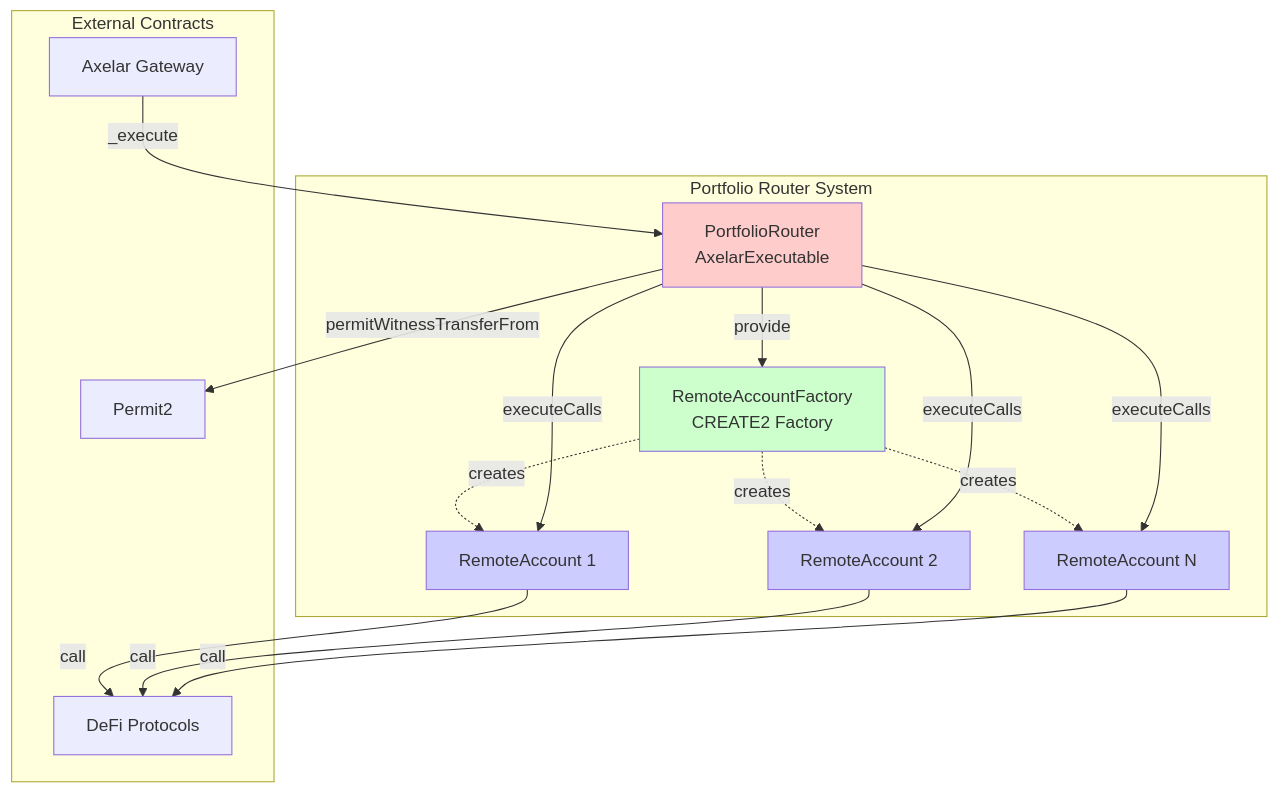
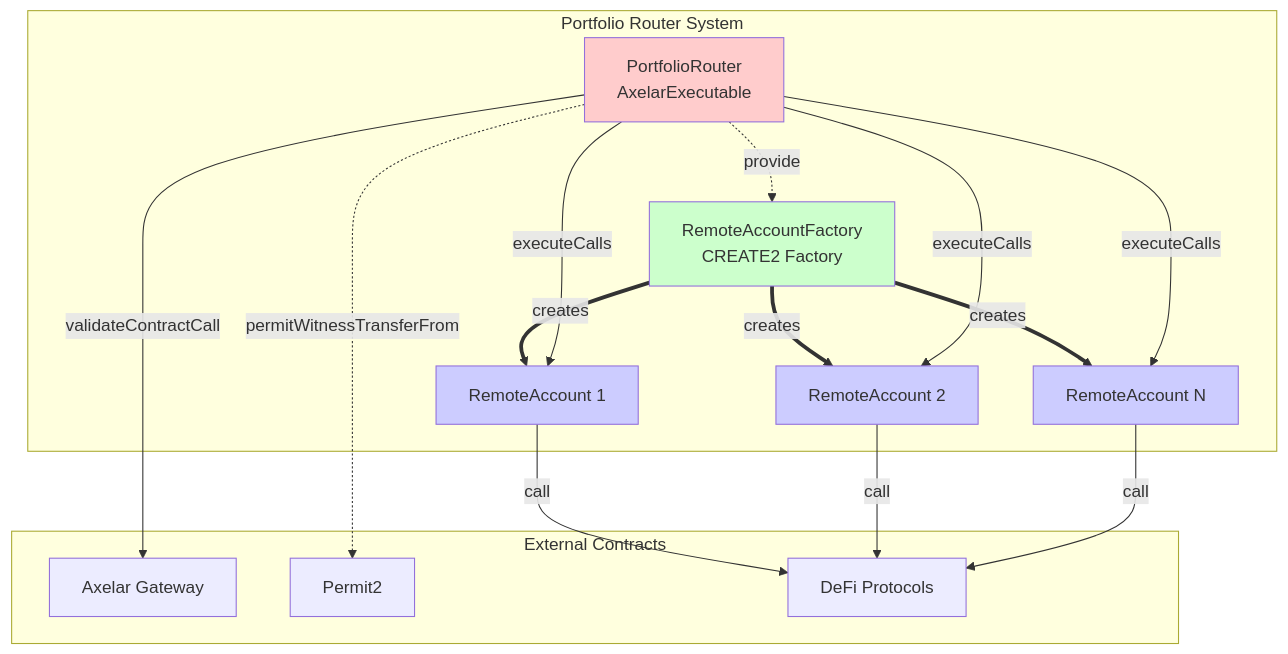
Before and after one commit to agoric-labs/agoric-to-axelar-local: the second of 10 diagrams in packages/axelar-local-dev-cosmos/src/contracts/design.md, drawn with Mermaid. The commit also changed other lines of this file, not shown here.

````diff
--- a/packages/axelar-local-dev-cosmos/src/contracts/design.md
+++ b/packages/axelar-local-dev-cosmos/src/contracts/design.md
@@ -44,35 +43,35 @@
 ```mermaid
 graph TB
     subgraph "Portfolio Router System"
         PR[PortfolioRouter<br/>AxelarExecutable]
         RAF[RemoteAccountFactory<br/>CREATE2 Factory]
         RA1[RemoteAccount 1]
         RA2[RemoteAccount 2]
         RAn[RemoteAccount N]
     end
     
     subgraph "External Contracts"
         AXL[Axelar Gateway]
         P2[Permit2]
         PROTO[DeFi Protocols]
     end
     
-    AXL -->|_execute| PR
-    PR -->|provide| RAF
-    RAF -.->|creates| RA1
-    RAF -.->|creates| RA2
-    RAF -.->|creates| RAn
+    PR --> |validateContractCall| AXL
+    PR -.->|provide| RAF
+    RAF ==>|creates| RA1
+    RAF ==>|creates| RA2
+    RAF ==>|creates| RAn
     PR -->|executeCalls| RA1
     PR -->|executeCalls| RA2
     PR -->|executeCalls| RAn
-    PR -->|permitWitnessTransferFrom| P2
+    PR -.->|permitWitnessTransferFrom| P2
     RA1 -->|call| PROTO
     RA2 -->|call| PROTO
     RAn -->|call| PROTO
     
     style PR fill:#ffcccc
     style RAF fill:#ccffcc
     style RA1 fill:#ccccff
     style RA2 fill:#ccccff
     style RAn fill:#ccccff
 ```
````
